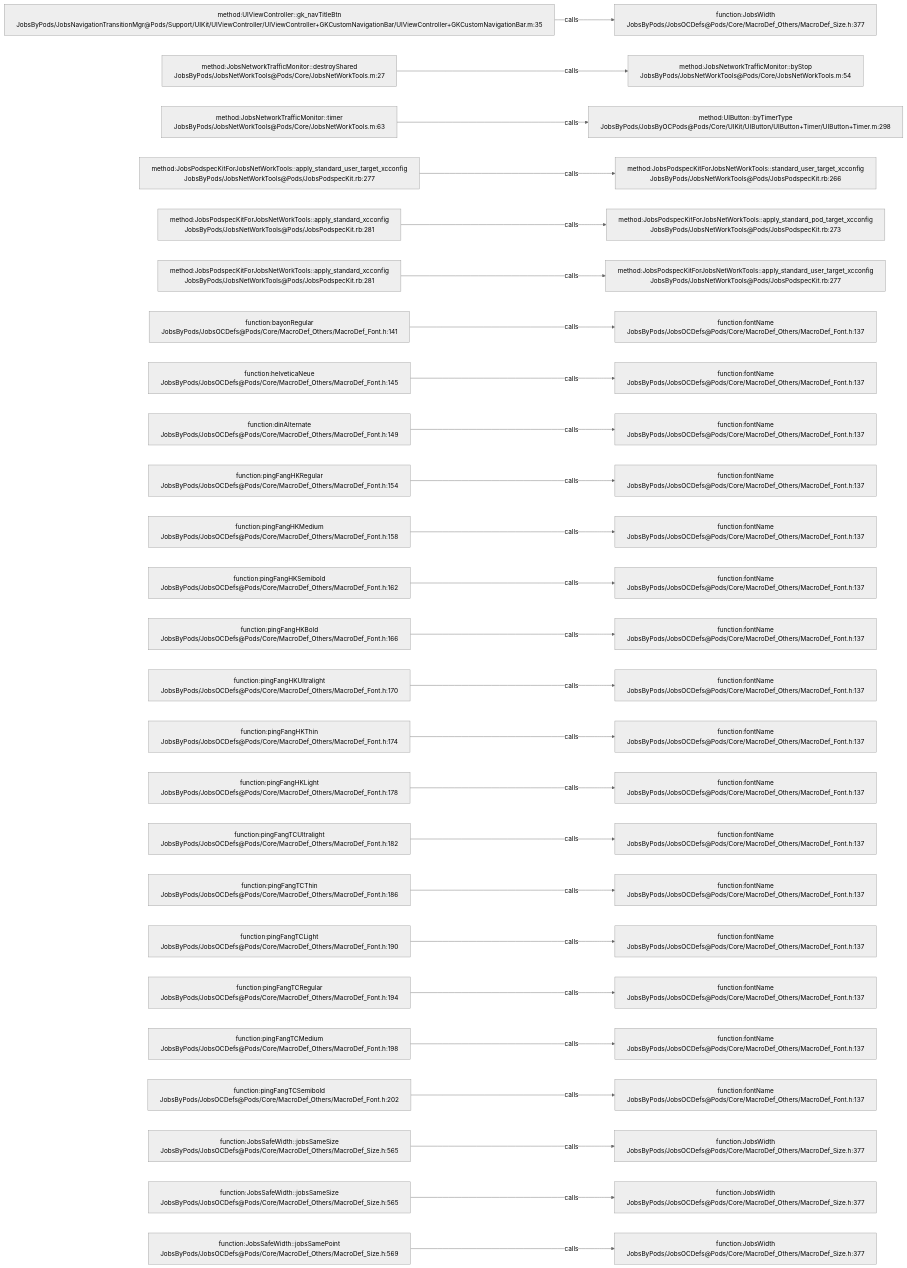
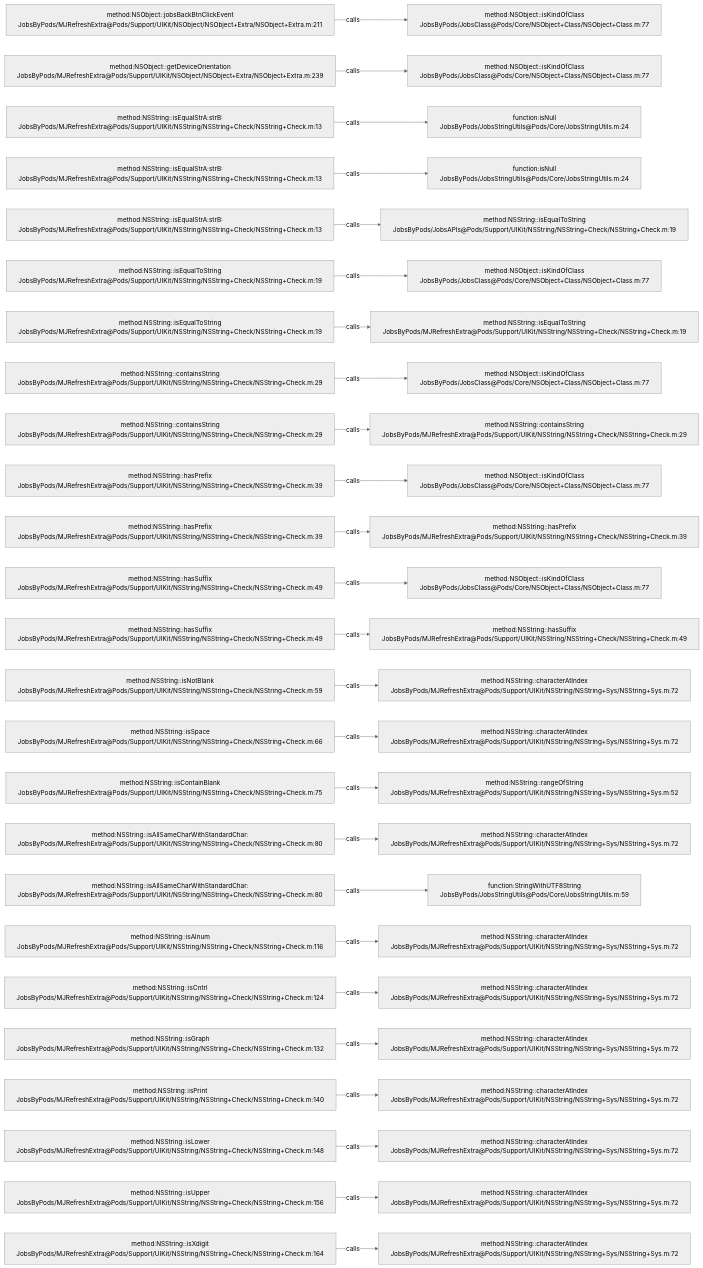
The diagram in .codegraph/codegraph.md/graphs/calls-177.md (JobsKits/JobsOCBaseConfigDemo), drawn with Mermaid (neutral theme) before and after one commit. The commit also changed 1026 other files, not shown here.

````diff
--- a/.codegraph/codegraph.md/graphs/calls-177.md
+++ b/.codegraph/codegraph.md/graphs/calls-177.md
@@ -13,78 +13,78 @@
 ```mermaid
 flowchart LR
-  S1["method:UIViewController::gk_navTitleBtn<br/>JobsByPods/JobsNavigationTransitionMgr@Pods/Support/UIKit/UIViewController/UIViewController+GKCustomNavigationBar/UIViewController+GKCustomNavigationBar.m:35"]
-  T1["function:JobsWidth<br/>JobsByPods/JobsOCDefs@Pods/Core/MacroDef_Others/MacroDef_Size.h:377"]
+  S1["method:NSObject::jobsBackBtnClickEvent<br/>JobsByPods/MJRefreshExtra@Pods/Support/UIKit/NSObject/NSObject+Extra/NSObject+Extra.m:211"]
+  T1["method:NSObject::isKindOfClass<br/>JobsByPods/JobsClass@Pods/Core/NSObject+Class/NSObject+Class.m:77"]
   S1 -->|calls| T1
-  S2["method:JobsNetworkTrafficMonitor::destroyShared<br/>JobsByPods/JobsNetWorkTools@Pods/Core/JobsNetWorkTools.m:27"]
-  T2["method:JobsNetworkTrafficMonitor::byStop<br/>JobsByPods/JobsNetWorkTools@Pods/Core/JobsNetWorkTools.m:54"]
+  S2["method:NSObject::getDeviceOrientation<br/>JobsByPods/MJRefreshExtra@Pods/Support/UIKit/NSObject/NSObject+Extra/NSObject+Extra.m:239"]
+  T2["method:NSObject::isKindOfClass<br/>JobsByPods/JobsClass@Pods/Core/NSObject+Class/NSObject+Class.m:77"]
   S2 -->|calls| T2
-  S3["method:JobsNetworkTrafficMonitor::timer<br/>JobsByPods/JobsNetWorkTools@Pods/Core/JobsNetWorkTools.m:63"]
-  T3["method:UIButton::byTimerType<br/>JobsByPods/JobsByOCPods@Pods/Core/UIKit/UIButton/UIButton+Timer/UIButton+Timer.m:298"]
+  S3["method:NSString::isEqualStrA:strB:<br/>JobsByPods/MJRefreshExtra@Pods/Support/UIKit/NSString/NSString+Check/NSString+Check.m:13"]
+  T3["function:isNull<br/>JobsByPods/JobsStringUtils@Pods/Core/JobsStringUtils.m:24"]
   S3 -->|calls| T3
-  S4["method:JobsPodspecKitForJobsNetWorkTools::apply_standard_user_target_xcconfig<br/>JobsByPods/JobsNetWorkTools@Pods/JobsPodspecKit.rb:277"]
-  T4["method:JobsPodspecKitForJobsNetWorkTools::standard_user_target_xcconfig<br/>JobsByPods/JobsNetWorkTools@Pods/JobsPodspecKit.rb:266"]
+  S4["method:NSString::isEqualStrA:strB:<br/>JobsByPods/MJRefreshExtra@Pods/Support/UIKit/NSString/NSString+Check/NSString+Check.m:13"]
+  T4["function:isNull<br/>JobsByPods/JobsStringUtils@Pods/Core/JobsStringUtils.m:24"]
   S4 -->|calls| T4
-  S5["method:JobsPodspecKitForJobsNetWorkTools::apply_standard_xcconfig<br/>JobsByPods/JobsNetWorkTools@Pods/JobsPodspecKit.rb:281"]
-  T5["method:JobsPodspecKitForJobsNetWorkTools::apply_standard_pod_target_xcconfig<br/>JobsByPods/JobsNetWorkTools@Pods/JobsPodspecKit.rb:273"]
+  S5["method:NSString::isEqualStrA:strB:<br/>JobsByPods/MJRefreshExtra@Pods/Support/UIKit/NSString/NSString+Check/NSString+Check.m:13"]
+  T5["method:NSString::isEqualToString<br/>JobsByPods/JobsAPIs@Pods/Support/UIKit/NSString/NSString+Check/NSString+Check.m:19"]
   S5 -->|calls| T5
-  S6["method:JobsPodspecKitForJobsNetWorkTools::apply_standard_xcconfig<br/>JobsByPods/JobsNetWorkTools@Pods/JobsPodspecKit.rb:281"]
-  T6["method:JobsPodspecKitForJobsNetWorkTools::apply_standard_user_target_xcconfig<br/>JobsByPods/JobsNetWorkTools@Pods/JobsPodspecKit.rb:277"]
+  S6["method:NSString::isEqualToString<br/>JobsByPods/MJRefreshExtra@Pods/Support/UIKit/NSString/NSString+Check/NSString+Check.m:19"]
+  T6["method:NSObject::isKindOfClass<br/>JobsByPods/JobsClass@Pods/Core/NSObject+Class/NSObject+Class.m:77"]
   S6 -->|calls| T6
-  S7["function:bayonRegular<br/>JobsByPods/JobsOCDefs@Pods/Core/MacroDef_Others/MacroDef_Font.h:141"]
-  T7["function:fontName<br/>JobsByPods/JobsOCDefs@Pods/Core/MacroDef_Others/MacroDef_Font.h:137"]
+  S7["method:NSString::isEqualToString<br/>JobsByPods/MJRefreshExtra@Pods/Support/UIKit/NSString/NSString+Check/NSString+Check.m:19"]
+  T7["method:NSString::isEqualToString<br/>JobsByPods/MJRefreshExtra@Pods/Support/UIKit/NSString/NSString+Check/NSString+Check.m:19"]
   S7 -->|calls| T7
-  S8["function:helveticaNeue<br/>JobsByPods/JobsOCDefs@Pods/Core/MacroDef_Others/MacroDef_Font.h:145"]
-  T8["function:fontName<br/>JobsByPods/JobsOCDefs@Pods/Core/MacroDef_Others/MacroDef_Font.h:137"]
+  S8["method:NSString::containsString<br/>JobsByPods/MJRefreshExtra@Pods/Support/UIKit/NSString/NSString+Check/NSString+Check.m:29"]
+  T8["method:NSObject::isKindOfClass<br/>JobsByPods/JobsClass@Pods/Core/NSObject+Class/NSObject+Class.m:77"]
   S8 -->|calls| T8
-  S9["function:dinAlternate<br/>JobsByPods/JobsOCDefs@Pods/Core/MacroDef_Others/MacroDef_Font.h:149"]
-  T9["function:fontName<br/>JobsByPods/JobsOCDefs@Pods/Core/MacroDef_Others/MacroDef_Font.h:137"]
+  S9["method:NSString::containsString<br/>JobsByPods/MJRefreshExtra@Pods/Support/UIKit/NSString/NSString+Check/NSString+Check.m:29"]
+  T9["method:NSString::containsString<br/>JobsByPods/MJRefreshExtra@Pods/Support/UIKit/NSString/NSString+Check/NSString+Check.m:29"]
   S9 -->|calls| T9
-  S10["function:pingFangHKRegular<br/>JobsByPods/JobsOCDefs@Pods/Core/MacroDef_Others/MacroDef_Font.h:154"]
-  T10["function:fontName<br/>JobsByPods/JobsOCDefs@Pods/Core/MacroDef_Others/MacroDef_Font.h:137"]
+  S10["method:NSString::hasPrefix<br/>JobsByPods/MJRefreshExtra@Pods/Support/UIKit/NSString/NSString+Check/NSString+Check.m:39"]
+  T10["method:NSObject::isKindOfClass<br/>JobsByPods/JobsClass@Pods/Core/NSObject+Class/NSObject+Class.m:77"]
   S10 -->|calls| T10
-  S11["function:pingFangHKMedium<br/>JobsByPods/JobsOCDefs@Pods/Core/MacroDef_Others/MacroDef_Font.h:158"]
-  T11["function:fontName<br/>JobsByPods/JobsOCDefs@Pods/Core/MacroDef_Others/MacroDef_Font.h:137"]
+  S11["method:NSString::hasPrefix<br/>JobsByPods/MJRefreshExtra@Pods/Support/UIKit/NSString/NSString+Check/NSString+Check.m:39"]
+  T11["method:NSString::hasPrefix<br/>JobsByPods/MJRefreshExtra@Pods/Support/UIKit/NSString/NSString+Check/NSString+Check.m:39"]
   S11 -->|calls| T11
-  S12["function:pingFangHKSemibold<br/>JobsByPods/JobsOCDefs@Pods/Core/MacroDef_Others/MacroDef_Font.h:162"]
-  T12["function:fontName<br/>JobsByPods/JobsOCDefs@Pods/Core/MacroDef_Others/MacroDef_Font.h:137"]
+  S12["method:NSString::hasSuffix<br/>JobsByPods/MJRefreshExtra@Pods/Support/UIKit/NSString/NSString+Check/NSString+Check.m:49"]
+  T12["method:NSObject::isKindOfClass<br/>JobsByPods/JobsClass@Pods/Core/NSObject+Class/NSObject+Class.m:77"]
   S12 -->|calls| T12
-  S13["function:pingFangHKBold<br/>JobsByPods/JobsOCDefs@Pods/Core/MacroDef_Others/MacroDef_Font.h:166"]
-  T13["function:fontName<br/>JobsByPods/JobsOCDefs@Pods/Core/MacroDef_Others/MacroDef_Font.h:137"]
+  S13["method:NSString::hasSuffix<br/>JobsByPods/MJRefreshExtra@Pods/Support/UIKit/NSString/NSString+Check/NSString+Check.m:49"]
+  T13["method:NSString::hasSuffix<br/>JobsByPods/MJRefreshExtra@Pods/Support/UIKit/NSString/NSString+Check/NSString+Check.m:49"]
   S13 -->|calls| T13
-  S14["function:pingFangHKUltralight<br/>JobsByPods/JobsOCDefs@Pods/Core/MacroDef_Others/MacroDef_Font.h:170"]
-  T14["function:fontName<br/>JobsByPods/JobsOCDefs@Pods/Core/MacroDef_Others/MacroDef_Font.h:137"]
+  S14["method:NSString::isNotBlank<br/>JobsByPods/MJRefreshExtra@Pods/Support/UIKit/NSString/NSString+Check/NSString+Check.m:59"]
+  T14["method:NSString::characterAtIndex<br/>JobsByPods/MJRefreshExtra@Pods/Support/UIKit/NSString/NSString+Sys/NSString+Sys.m:72"]
   S14 -->|calls| T14
-  S15["function:pingFangHKThin<br/>JobsByPods/JobsOCDefs@Pods/Core/MacroDef_Others/MacroDef_Font.h:174"]
-  T15["function:fontName<br/>JobsByPods/JobsOCDefs@Pods/Core/MacroDef_Others/MacroDef_Font.h:137"]
+  S15["method:NSString::isSpace<br/>JobsByPods/MJRefreshExtra@Pods/Support/UIKit/NSString/NSString+Check/NSString+Check.m:66"]
+  T15["method:NSString::characterAtIndex<br/>JobsByPods/MJRefreshExtra@Pods/Support/UIKit/NSString/NSString+Sys/NSString+Sys.m:72"]
   S15 -->|calls| T15
-  S16["function:pingFangHKLight<br/>JobsByPods/JobsOCDefs@Pods/Core/MacroDef_Others/MacroDef_Font.h:178"]
-  T16["function:fontName<br/>JobsByPods/JobsOCDefs@Pods/Core/MacroDef_Others/MacroDef_Font.h:137"]
+  S16["method:NSString::isContainBlank<br/>JobsByPods/MJRefreshExtra@Pods/Support/UIKit/NSString/NSString+Check/NSString+Check.m:75"]
+  T16["method:NSString::rangeOfString<br/>JobsByPods/MJRefreshExtra@Pods/Support/UIKit/NSString/NSString+Sys/NSString+Sys.m:52"]
   S16 -->|calls| T16
-  S17["function:pingFangTCUltralight<br/>JobsByPods/JobsOCDefs@Pods/Core/MacroDef_Others/MacroDef_Font.h:182"]
-  T17["function:fontName<br/>JobsByPods/JobsOCDefs@Pods/Core/MacroDef_Others/MacroDef_Font.h:137"]
+  S17["method:NSString::isAllSameCharWithStandardChar:<br/>JobsByPods/MJRefreshExtra@Pods/Support/UIKit/NSString/NSString+Check/NSString+Check.m:80"]
+  T17["method:NSString::characterAtIndex<br/>JobsByPods/MJRefreshExtra@Pods/Support/UIKit/NSString/NSString+Sys/NSString+Sys.m:72"]
   S17 -->|calls| T17
-  S18["function:pingFangTCThin<br/>JobsByPods/JobsOCDefs@Pods/Core/MacroDef_Others/MacroDef_Font.h:186"]
-  T18["function:fontName<br/>JobsByPods/JobsOCDefs@Pods/Core/MacroDef_Others/MacroDef_Font.h:137"]
+  S18["method:NSString::isAllSameCharWithStandardChar:<br/>JobsByPods/MJRefreshExtra@Pods/Support/UIKit/NSString/NSString+Check/NSString+Check.m:80"]
+  T18["function:StringWithUTF8String<br/>JobsByPods/JobsStringUtils@Pods/Core/JobsStringUtils.m:59"]
   S18 -->|calls| T18
-  S19["function:pingFangTCLight<br/>JobsByPods/JobsOCDefs@Pods/Core/MacroDef_Others/MacroDef_Font.h:190"]
-  T19["function:fontName<br/>JobsByPods/JobsOCDefs@Pods/Core/MacroDef_Others/MacroDef_Font.h:137"]
+  S19["method:NSString::isAlnum<br/>JobsByPods/MJRefreshExtra@Pods/Support/UIKit/NSString/NSString+Check/NSString+Check.m:116"]
+  T19["method:NSString::characterAtIndex<br/>JobsByPods/MJRefreshExtra@Pods/Support/UIKit/NSString/NSString+Sys/NSString+Sys.m:72"]
   S19 -->|calls| T19
-  S20["function:pingFangTCRegular<br/>JobsByPods/JobsOCDefs@Pods/Core/MacroDef_Others/MacroDef_Font.h:194"]
-  T20["function:fontName<br/>JobsByPods/JobsOCDefs@Pods/Core/MacroDef_Others/MacroDef_Font.h:137"]
+  S20["method:NSString::isCntrl<br/>JobsByPods/MJRefreshExtra@Pods/Support/UIKit/NSString/NSString+Check/NSString+Check.m:124"]
+  T20["method:NSString::characterAtIndex<br/>JobsByPods/MJRefreshExtra@Pods/Support/UIKit/NSString/NSString+Sys/NSString+Sys.m:72"]
   S20 -->|calls| T20
-  S21["function:pingFangTCMedium<br/>JobsByPods/JobsOCDefs@Pods/Core/MacroDef_Others/MacroDef_Font.h:198"]
-  T21["function:fontName<br/>JobsByPods/JobsOCDefs@Pods/Core/MacroDef_Others/MacroDef_Font.h:137"]
+  S21["method:NSString::isGraph<br/>JobsByPods/MJRefreshExtra@Pods/Support/UIKit/NSString/NSString+Check/NSString+Check.m:132"]
+  T21["method:NSString::characterAtIndex<br/>JobsByPods/MJRefreshExtra@Pods/Support/UIKit/NSString/NSString+Sys/NSString+Sys.m:72"]
   S21 -->|calls| T21
-  S22["function:pingFangTCSemibold<br/>JobsByPods/JobsOCDefs@Pods/Core/MacroDef_Others/MacroDef_Font.h:202"]
-  T22["function:fontName<br/>JobsByPods/JobsOCDefs@Pods/Core/MacroDef_Others/MacroDef_Font.h:137"]
+  S22["method:NSString::isPrint<br/>JobsByPods/MJRefreshExtra@Pods/Support/UIKit/NSString/NSString+Check/NSString+Check.m:140"]
+  T22["method:NSString::characterAtIndex<br/>JobsByPods/MJRefreshExtra@Pods/Support/UIKit/NSString/NSString+Sys/NSString+Sys.m:72"]
   S22 -->|calls| T22
-  S23["function:JobsSafeWidth::jobsSameSize<br/>JobsByPods/JobsOCDefs@Pods/Core/MacroDef_Others/MacroDef_Size.h:565"]
-  T23["function:JobsWidth<br/>JobsByPods/JobsOCDefs@Pods/Core/MacroDef_Others/MacroDef_Size.h:377"]
+  S23["method:NSString::isLower<br/>JobsByPods/MJRefreshExtra@Pods/Support/UIKit/NSString/NSString+Check/NSString+Check.m:148"]
+  T23["method:NSString::characterAtIndex<br/>JobsByPods/MJRefreshExtra@Pods/Support/UIKit/NSString/NSString+Sys/NSString+Sys.m:72"]
   S23 -->|calls| T23
-  S24["function:JobsSafeWidth::jobsSameSize<br/>JobsByPods/JobsOCDefs@Pods/Core/MacroDef_Others/MacroDef_Size.h:565"]
-  T24["function:JobsWidth<br/>JobsByPods/JobsOCDefs@Pods/Core/MacroDef_Others/MacroDef_Size.h:377"]
+  S24["method:NSString::isUpper<br/>JobsByPods/MJRefreshExtra@Pods/Support/UIKit/NSString/NSString+Check/NSString+Check.m:156"]
+  T24["method:NSString::characterAtIndex<br/>JobsByPods/MJRefreshExtra@Pods/Support/UIKit/NSString/NSString+Sys/NSString+Sys.m:72"]
   S24 -->|calls| T24
-  S25["function:JobsSafeWidth::jobsSamePoint<br/>JobsByPods/JobsOCDefs@Pods/Core/MacroDef_Others/MacroDef_Size.h:569"]
-  T25["function:JobsWidth<br/>JobsByPods/JobsOCDefs@Pods/Core/MacroDef_Others/MacroDef_Size.h:377"]
+  S25["method:NSString::isXdigit<br/>JobsByPods/MJRefreshExtra@Pods/Support/UIKit/NSString/NSString+Check/NSString+Check.m:164"]
+  T25["method:NSString::characterAtIndex<br/>JobsByPods/MJRefreshExtra@Pods/Support/UIKit/NSString/NSString+Sys/NSString+Sys.m:72"]
   S25 -->|calls| T25
 ```
````
